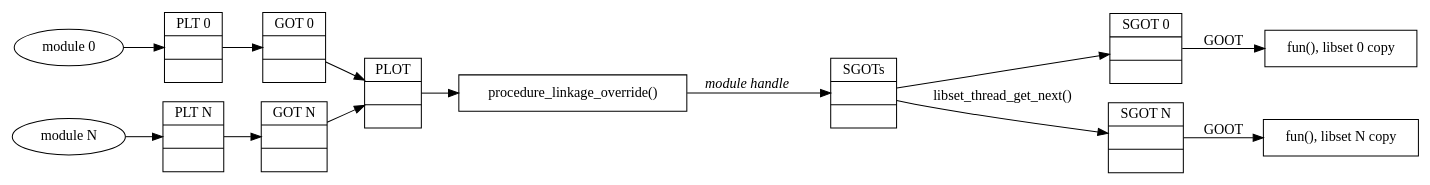
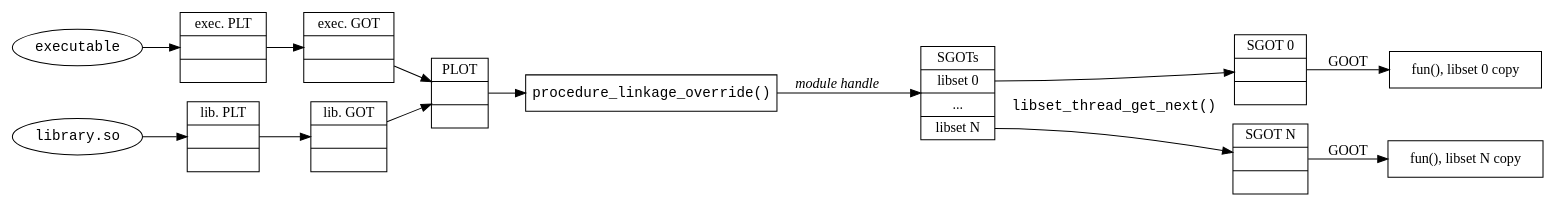
The diagram in figs/tables.dot (solb/thesis), drawn with Graphviz before and after one commit.

Commit message:
figs/tables.dot: Update procedure_linkage_override() diagram in the model of the vanilla table ones

```diff
--- a/figs/tables.dot
+++ b/figs/tables.dot
@@ -1,33 +1,33 @@
 strict digraph {
 	rankdir=LR;
 
-	mod0 [label="module 0"];
-	plt0 [shape=record, label="PLT 0||"];
-	got0 [shape=record, label="GOT 0||"];
+	mod0 [label="executable", fontname="monospace"];
+	plt0 [shape=record, label="exec. PLT||"];
+	got0 [shape=record, label="exec. GOT||"];
 	plot [shape=record, label="PLOT||"];
 	mod0 -> plt0;
 	plt0 -> got0;
 	got0 -> plot;
 
-	modN [label="module N"];
-	pltN [shape=record, label="PLT N||"];
-	gotN [shape=record, label="GOT N||"];
+	modN [label="library.so", fontname="monospace"];
+	pltN [shape=record, label="lib. PLT||"];
+	gotN [shape=record, label="lib. GOT||"];
 	modN -> pltN;
 	pltN -> gotN;
 	gotN -> plot;
 
-	plo [shape=box, label="procedure_linkage_override()"];
-	sgots [shape=record, label="SGOTs||"];
+	plo [shape=box, label="procedure_linkage_override()", fontname="monospace"];
+	sgots [shape=record, label="SGOTs|<0> libset 0|...|<N> libset N"];
 	plot -> plo;
 	plo -> sgots [label=<<i>module handle</i>>];
 
 	sgot0 [shape=record, label="SGOT 0||"];
 	fun0 [shape=box, label="fun(), libset 0 copy"];
-	sgots -> sgot0;
+	sgots:0 -> sgot0;
 	sgot0 -> fun0 [label="GOOT"];
 
 	sgotN [shape=record, label="SGOT N||"];
 	funN [shape=box, label="fun(), libset N copy"];
-	sgots -> sgotN [label="libset_thread_get_next()"];
+	sgots:N -> sgotN [label="libset_thread_get_next()\n\n", fontname="monospace"];
 	sgotN -> funN [label="GOOT"];
 }
```
